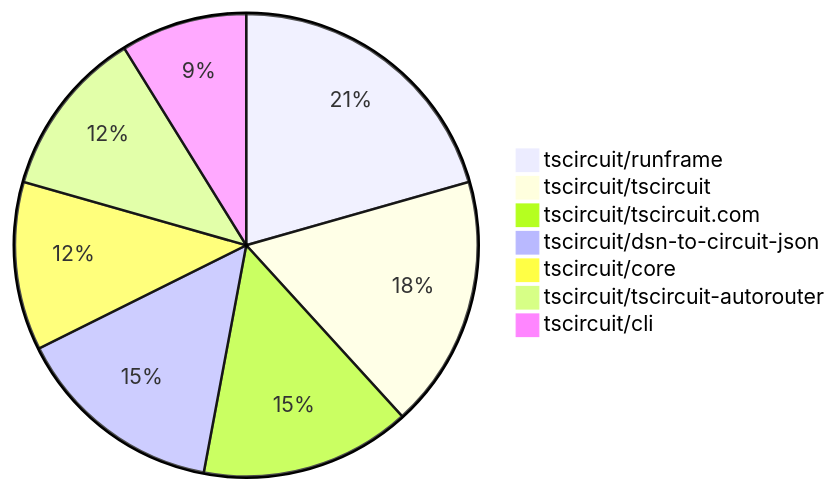
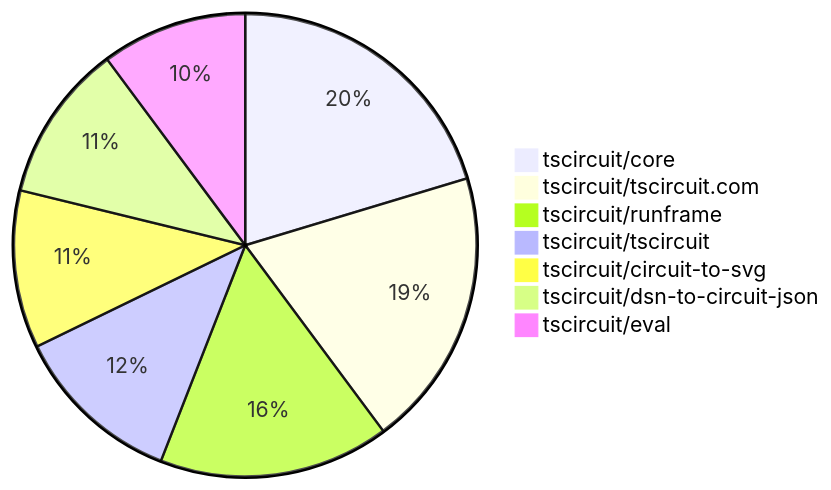
Before and after one commit to tscircuit/contribution-tracker: the second of 2 diagrams in contribution-overviews/2025-12-10.md, drawn with Mermaid. The commit also changed other lines of this file and 3 other files, not shown here.

````diff
--- a/contribution-overviews/2025-12-10.md
+++ b/contribution-overviews/2025-12-10.md
@@ -75,10 +93,10 @@
 ```mermaid
 pie
-    "tscircuit/runframe" : 7
-    "tscircuit/tscircuit" : 6
-    "tscircuit/tscircuit.com" : 5
-    "tscircuit/dsn-to-circuit-json" : 5
-    "tscircuit/core" : 4
-    "tscircuit/tscircuit-autorouter" : 4
-    "tscircuit/cli" : 3
+    "tscircuit/core" : 24
+    "tscircuit/tscircuit.com" : 23
+    "tscircuit/runframe" : 19
+    "tscircuit/tscircuit" : 14
+    "tscircuit/circuit-to-svg" : 13
+    "tscircuit/dsn-to-circuit-json" : 13
+    "tscircuit/eval" : 12
 ```
````
